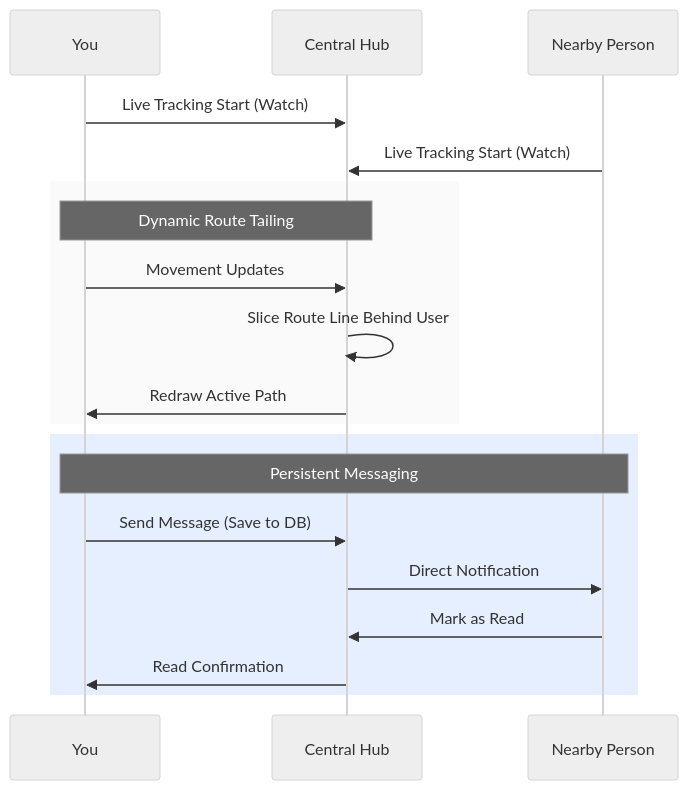
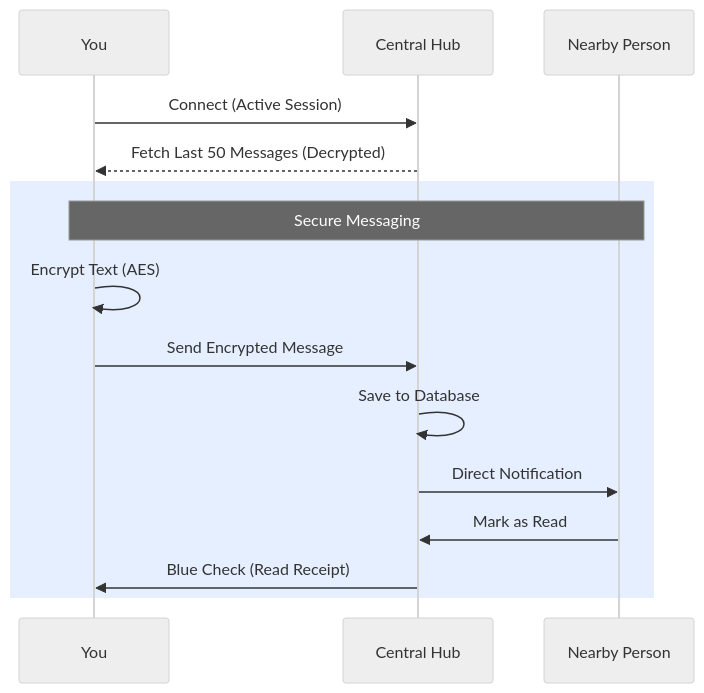
Before and after one commit to Akash-Veerla/Demographic: the seventh of 9 diagrams in docs/DIAGRAMS.md, drawn with Mermaid (neutral theme). The commit also changed other lines of this file, not shown here.

Commit message:
docs: Introduce detailed architecture, data structure, and process diagrams for the KON-NECT application.

````diff
--- a/docs/DIAGRAMS.md
+++ b/docs/DIAGRAMS.md
@@ -200,24 +215,19 @@
 ```mermaid
 sequenceDiagram
     participant Me as You
     participant Hub as Central Hub
     participant Peer as Nearby Person
 
-    Me->>Hub: Live Tracking Start (Watch)
-    Peer->>Hub: Live Tracking Start (Watch)
-
-    rect rgba(200, 200, 200, 0.1)
-    Note over Me, Hub: Dynamic Route Tailing
-    Me->>Hub: Movement Updates
-    Hub->>Hub: Slice Route Line Behind User
-    Hub->>Me: Redraw Active Path
-    end
+    Me->>Hub: Connect (Active Session)
+    Hub-->>Me: Fetch Last 50 Messages (Decrypted)
 
     rect rgba(0, 100, 255, 0.1)
-    Note over Me, Peer: Persistent Messaging
-    Me->>Hub: Send Message (Save to DB)
+    Note over Me, Peer: Secure Messaging
+    Me->>Me: Encrypt Text (AES)
+    Me->>Hub: Send Encrypted Message
+    Hub->>Hub: Save to Database
     Hub->>Peer: Direct Notification
     Peer->>Hub: Mark as Read
-    Hub->>Me: Read Confirmation
+    Hub->>Me: Blue Check (Read Receipt)
     end
 ```
````
